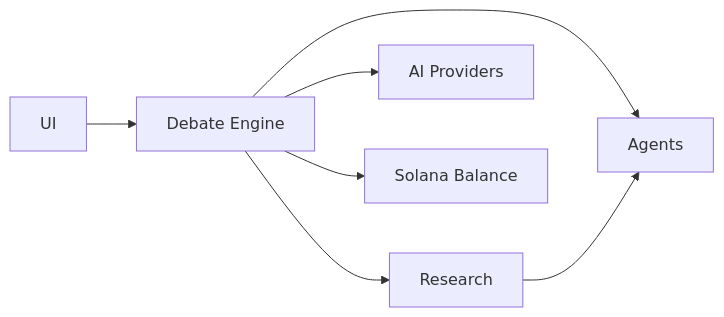
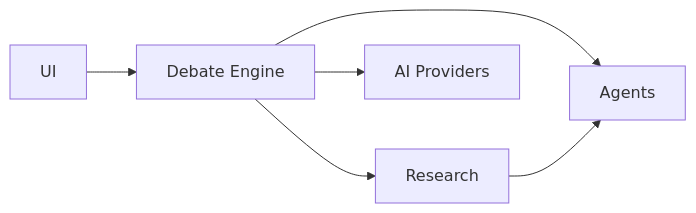
The sixth of 6 diagrams in .qoder/repowiki/en/content/Project Overview/Project Overview.md (RunTimeAdmin/tri-ai), drawn with Mermaid before and after one commit. The commit also changed other lines of this file and 46 other files, not shown here.

````diff
--- a/.qoder/repowiki/en/content/Project Overview/Project Overview.md
+++ b/.qoder/repowiki/en/content/Project Overview/Project Overview.md
@@ -267,9 +252,8 @@
 ```mermaid
 graph LR
 UI["UI"] --> DE["Debate Engine"]
 DE --> AG["Agents"]
 DE --> RES["Research"]
 DE --> EXT["AI Providers"]
-DE --> WAL["Solana Balance"]
 RES --> AG
 ```
````
